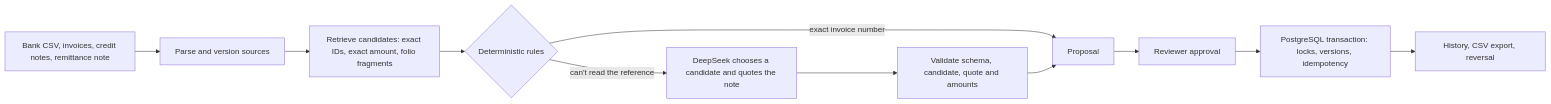
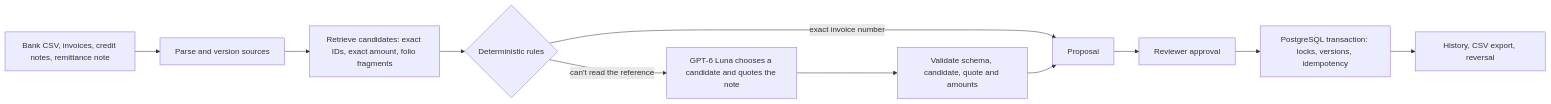
Before and after one commit to RonaldoJ24/reconcile: the diagram in README.md, drawn with Mermaid. The commit also changed other lines of this file and 6 other files, not shown here.

````diff
--- a/README.md
+++ b/README.md
@@ -35,13 +39,13 @@
 ```mermaid
 flowchart LR
   S[Bank CSV, invoices, credit notes, remittance note] --> P[Parse and version sources]
   P --> R[Retrieve candidates: exact IDs, exact amount, folio fragments]
   R --> D{Deterministic rules}
   D -->|exact invoice number| A[Proposal]
-  D -->|can't read the reference| L[DeepSeek chooses a candidate and quotes the note]
+  D -->|can't read the reference| L[GPT-6 Luna chooses a candidate and quotes the note]
   L --> V[Validate schema, candidate, quote and amounts]
   V --> A
   A --> H[Reviewer approval]
   H --> T[PostgreSQL transaction: locks, versions, idempotency]
   T --> X[History, CSV export, reversal]
 ```
````
